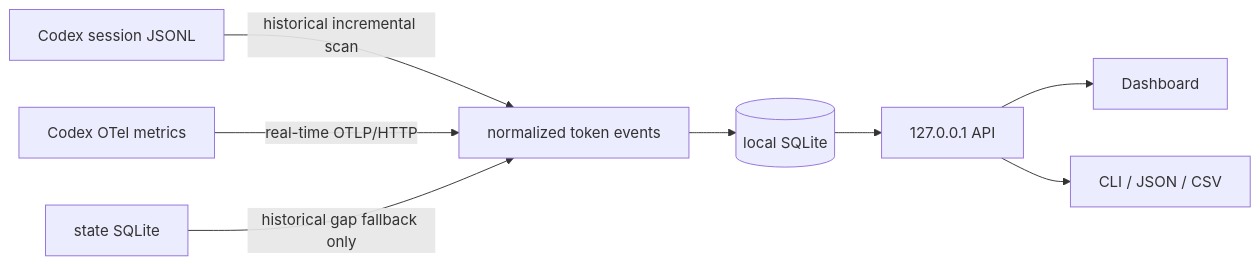
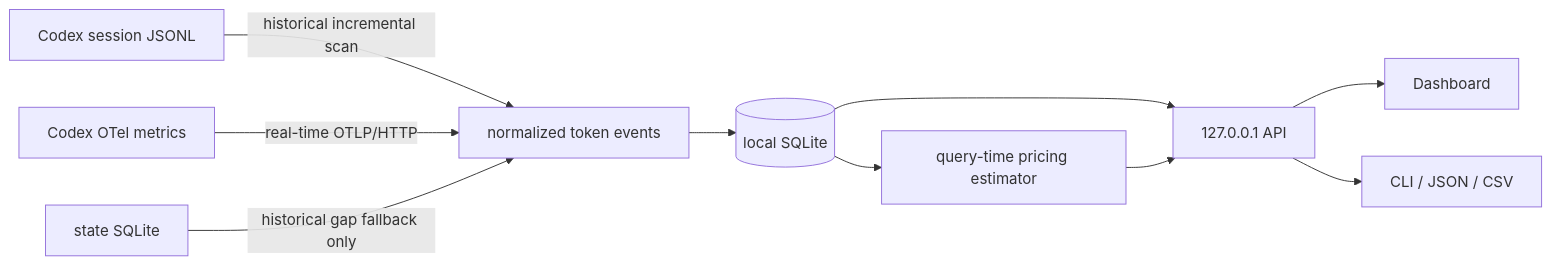
The diagram in README.en.md (edisoncccc/codex-usage), drawn with Mermaid before and after one commit. The commit also changed other lines of this file and 38 other files, not shown here.

````diff
--- a/README.en.md
+++ b/README.en.md
@@ -74,10 +88,12 @@
 ```mermaid
 flowchart LR
     A[Codex session JSONL] -->|historical incremental scan| C[normalized token events]
     B[Codex OTel metrics] -->|real-time OTLP/HTTP| C
     S[state SQLite] -->|historical gap fallback only| C
     C --> D[(local SQLite)]
+    D --> P[query-time pricing estimator]
     D --> E[127.0.0.1 API]
+    P --> E
     E --> F[Dashboard]
     E --> G[CLI / JSON / CSV]
 ```
````
